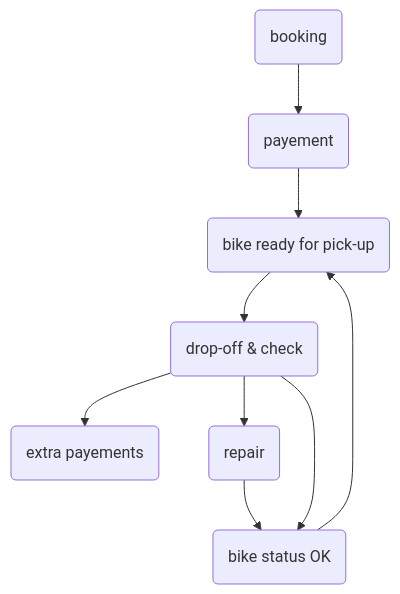
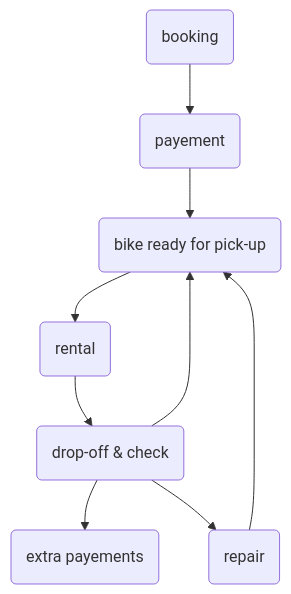
One commit to FrancisFigu/PANI_BikeshopApp changed the diagram in dossier-analyse/02-analyse-fonctionelle.md. Above: the diagram before and after it, drawn with Mermaid.

`````diff
--- a/dossier-analyse/02-analyse-fonctionelle.md
+++ b/dossier-analyse/02-analyse-fonctionelle.md
@@ -20,13 +20,13 @@
 ````mermaid
  flowchart TD
     A(booking)
     -->B(payement)
     -->C(bike ready for pick-up)
-    -->D(drop-off & check)
-    D-->E(extra payements)
-    D-->G(repair)
-    -->F
-    D-->F(bike status OK)
+    -->D(rental)
+    -->E(drop-off & check)
+E-->C
+    E-->G(extra payements)
+    E-->F(repair)
     F-->C
 
 ````
`````
